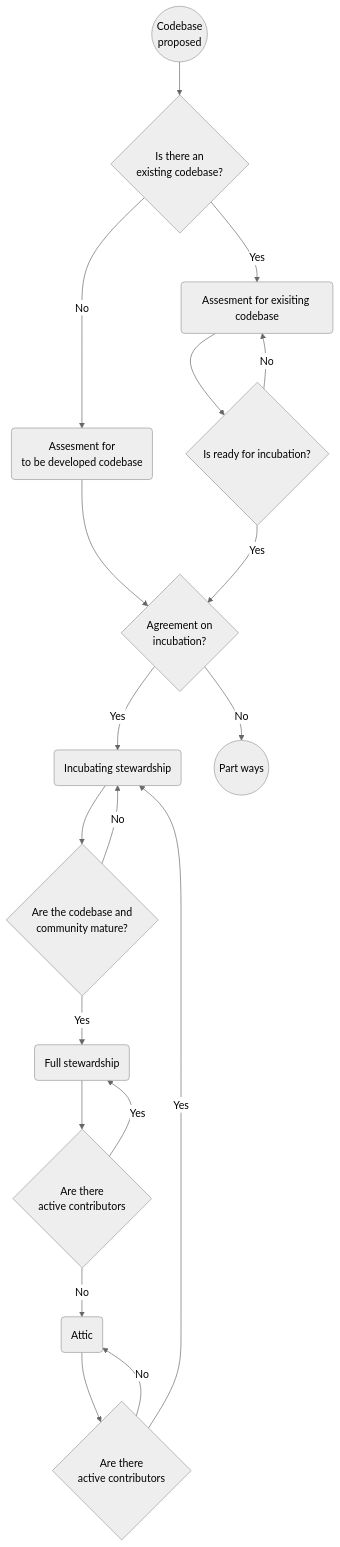
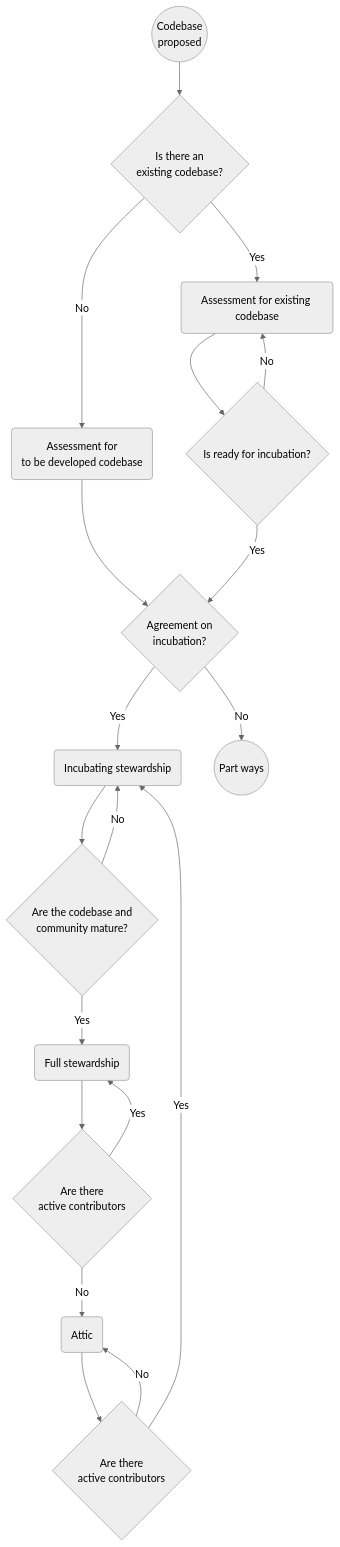
One commit to publiccodenet/about changed the diagram in activities/codebase-stewardship/lifecycle-diagram.md. Above: the diagram before and after it, drawn with Mermaid (neutral theme).

````diff
--- a/activities/codebase-stewardship/lifecycle-diagram.md
+++ b/activities/codebase-stewardship/lifecycle-diagram.md
@@ -9,21 +9,21 @@
 ```mermaid
 graph TD;
     S0((Codebase<br />proposed)) --> S1{Is there an<br />existing codebase?};
-    S1 -->|No| S2(Assesment for<br />to be developed codebase);
-    S1 -->|Yes| S3(Assesment for exisiting codebase);
+    S1 -->|No| S2(Assessment for<br />to be developed codebase);
+    S1 -->|Yes| S3(Assessment for existing codebase);
     S2 --> S5{Agreement on<br />incubation?};
     S3 --> S4{Is ready for incubation?};
     S4 -->|No| S3;
     S4 -->|Yes| S5;
     S5 -->|Yes| S7(Incubating stewardship);
     S5 -->|No| S6((Part ways));
     S7 --> S8{Are the codebase and<br />community mature?};
     S8 -->|No| S7;
     S8 -->|Yes| S9(Full stewardship);
     S9 --> S10{Are there<br />active contributors};
     S10 -->|Yes| S9;
     S10 -->|No| S11(Attic);
     S11 --> S12{Are there<br />active contributors};
     S12 -->|Yes| S7;
     S12 -->|No| S11;
 ```
````
